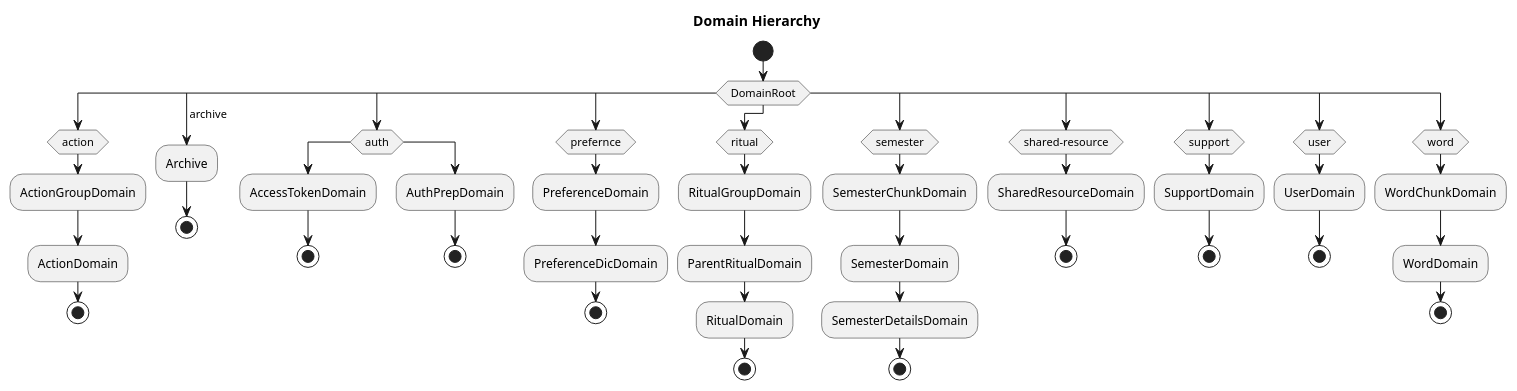
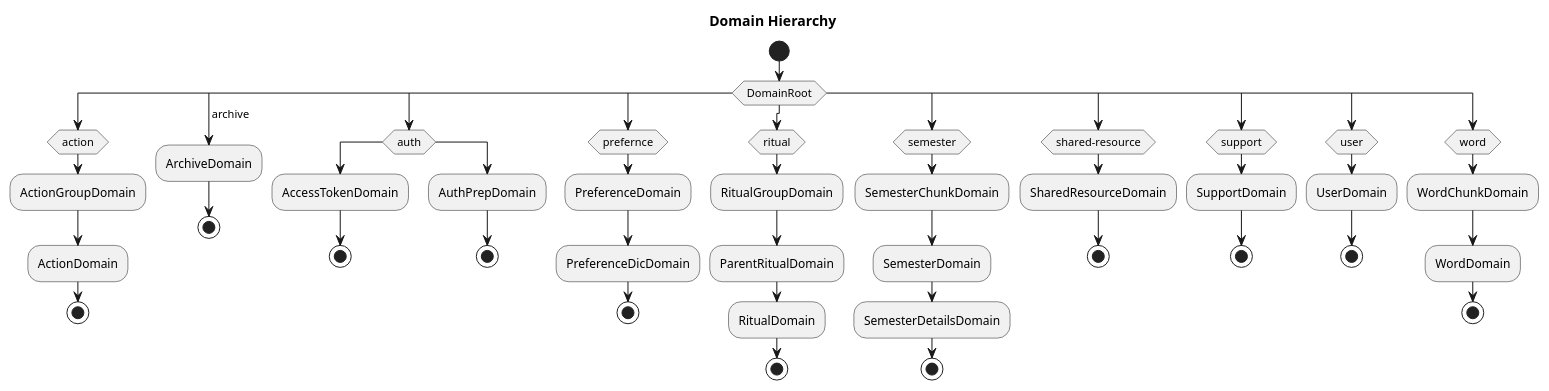
One commit to ajktown/docs changed the diagram in dev_api/domains/index.hierarchy.md. Above: the diagram before and after it, drawn with PlantUML.

````diff
--- a/dev_api/domains/index.hierarchy.md
+++ b/dev_api/domains/index.hierarchy.md
@@ -17,79 +17,79 @@
 ```plantuml
 @startuml
 
 title Domain Hierarchy
 
 start
 switch ( DomainRoot )
 case ()
   switch ( action )
   case ()
     :ActionGroupDomain;
     :ActionDomain;
     stop
   endswitch
 case ( archive )
-  :Archive;
+  :ArchiveDomain;
   stop
 case ()
   switch ( auth )
   case ()
     :AccessTokenDomain;
     stop
   case ()
     :AuthPrepDomain;
     stop
   endswitch
 case ()
   switch ( prefernce )
   case ()
     :PreferenceDomain;
     :PreferenceDicDomain;
     stop
   endswitch
 case ()
   switch ( ritual )
   case ()
     :RitualGroupDomain;
     :ParentRitualDomain;
     :RitualDomain;
     stop
   endswitch
 case ()
   switch ( semester )
   case ()
     :SemesterChunkDomain;
     :SemesterDomain;
     :SemesterDetailsDomain;
     stop
   endswitch
 case ()
   switch ( shared-resource )
   case ()
     :SharedResourceDomain;
     stop
   endswitch
 case ()
   switch ( support )
   case ()
     :SupportDomain;
     stop
   endswitch
 case ()
   switch ( user )
   case ()
     :UserDomain;
     stop
   endswitch
 case ()
   switch ( word )
   case ()
     :WordChunkDomain;
     :WordDomain;
     stop
   endswitch
 endswitch
 
 @enduml
 
 ```
````
